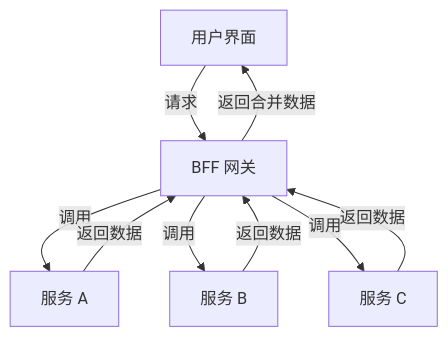
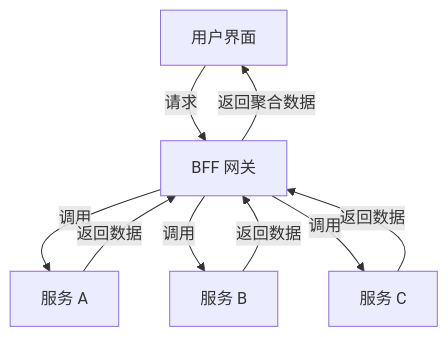
The fourth of 4 diagrams in doc/软件工程/架构/系统设计/网关.md (0xcaffebabe/note), drawn with Mermaid before and after one commit. The commit also changed other lines of this file and 3 other files, not shown here.

````diff
--- a/doc/软件工程/架构/系统设计/网关.md
+++ b/doc/软件工程/架构/系统设计/网关.md
@@ -59,11 +163,11 @@
 ```mermaid
 graph TD;
     A[用户界面] -->|请求| B[BFF 网关]
     B -->|调用| C[服务 A]
     B -->|调用| D[服务 B]
     B -->|调用| E[服务 C]
     C -->|返回数据| B
     D -->|返回数据| B
     E -->|返回数据| B
-    B -->|返回合并数据| A
+    B -->|返回聚合数据| A
 ```
````
